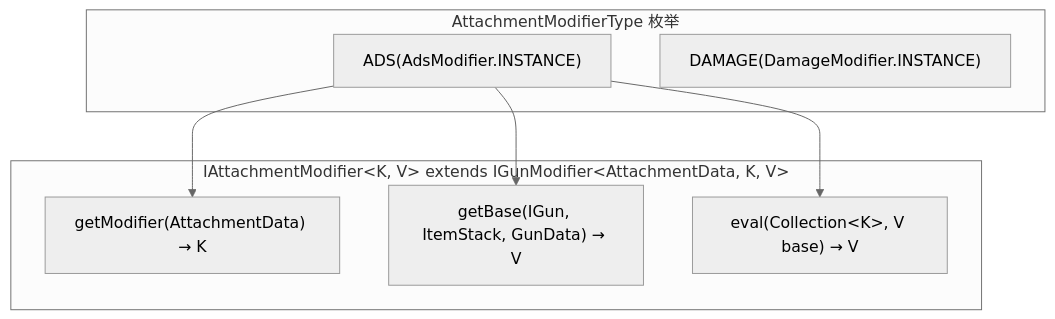
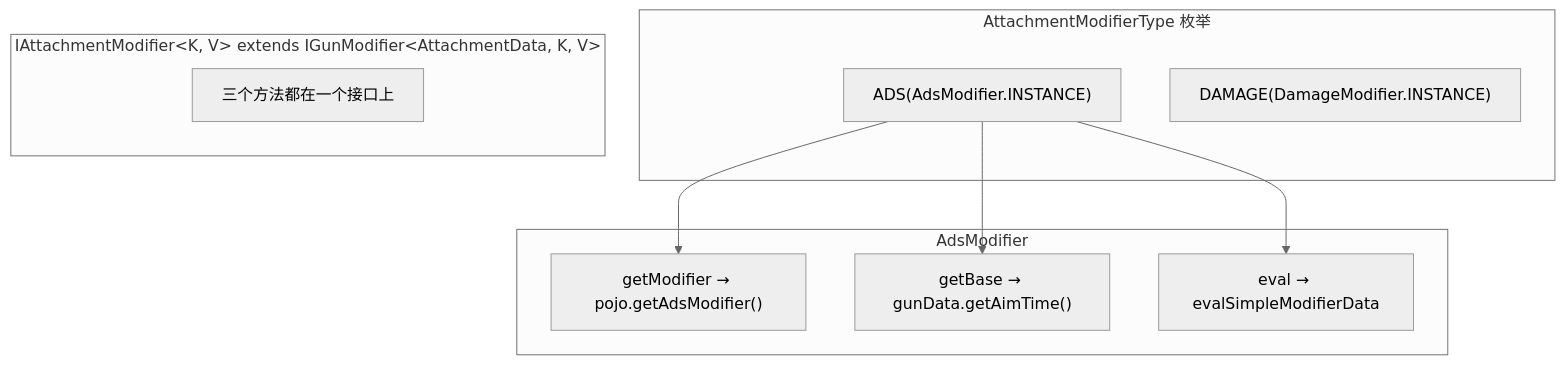
One commit to XColorful/Custom-Gun-Continued changed the fourth of 5 diagrams in docs/architecture/core/entity/shooter/modifier/design-evolution.md. Above: the diagram before and after it, drawn with Mermaid (neutral theme). The commit also changed other lines of this file and 43 other files, not shown here.

Commit message:
refactor: Move getBase out of IAttachmentModifier with interface constraints

````diff
--- a/docs/architecture/core/entity/shooter/modifier/design-evolution.md
+++ b/docs/architecture/core/entity/shooter/modifier/design-evolution.md
@@ -112,17 +79,21 @@
 ```mermaid
 graph TB
     subgraph "AttachmentModifierType 枚举"
         ADS["ADS(AdsModifier.INSTANCE)"]
         DMG["DAMAGE(DamageModifier.INSTANCE)"]
     end
 
     subgraph "IAttachmentModifier&lt;K, V&gt; extends IGunModifier&lt;AttachmentData, K, V&gt;"
-        GM["getModifier(AttachmentData) → K"]
-        GB["getBase(IGun, ItemStack, GunData) → V"]
-        EV["eval(Collection&lt;K&gt;, V base) → V"]
+        ALL["三个方法都在一个接口上"]
     end
 
-    ADS --> GM
-    ADS --> GB
-    ADS --> EV
+    subgraph "AdsModifier"
+        AM_GM["getModifier → pojo.getAdsModifier()"]
+        AM_GB["getBase → gunData.getAimTime()"]
+        AM_EV["eval → evalSimpleModifierData"]
+    end
+
+    ADS --> AM_GM
+    ADS --> AM_GB
+    ADS --> AM_EV
 ```
````
